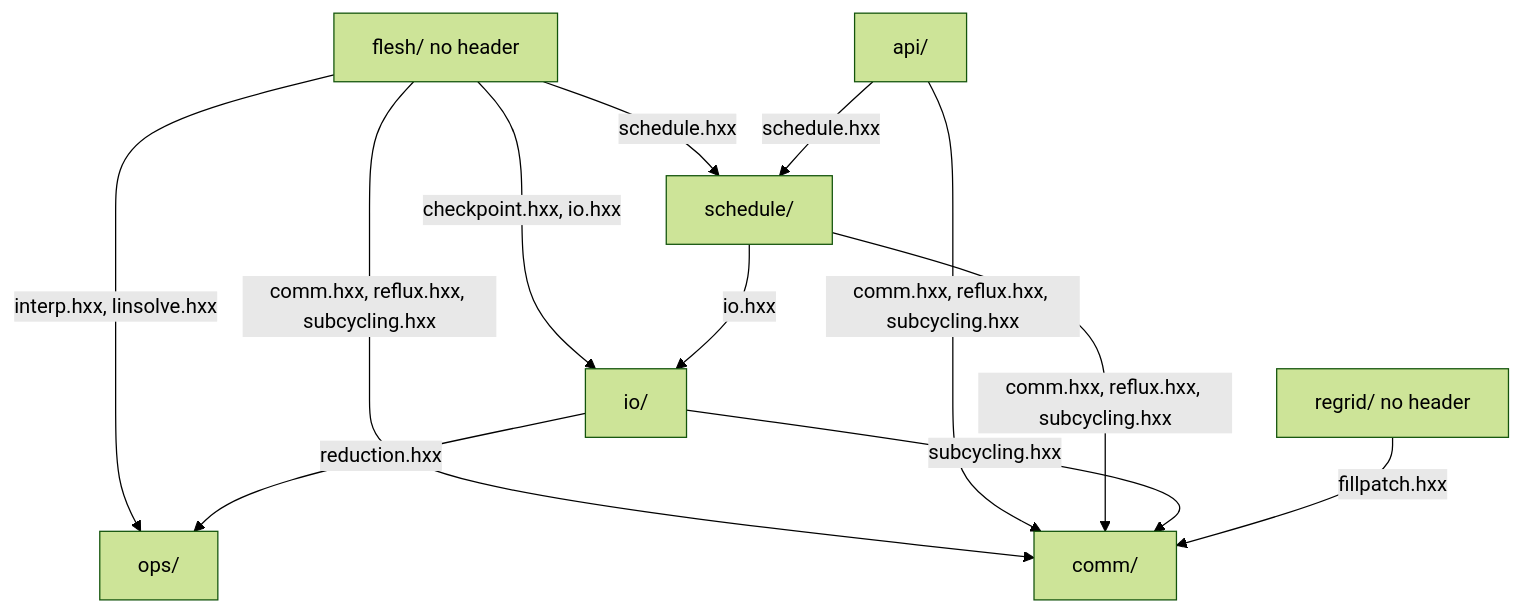
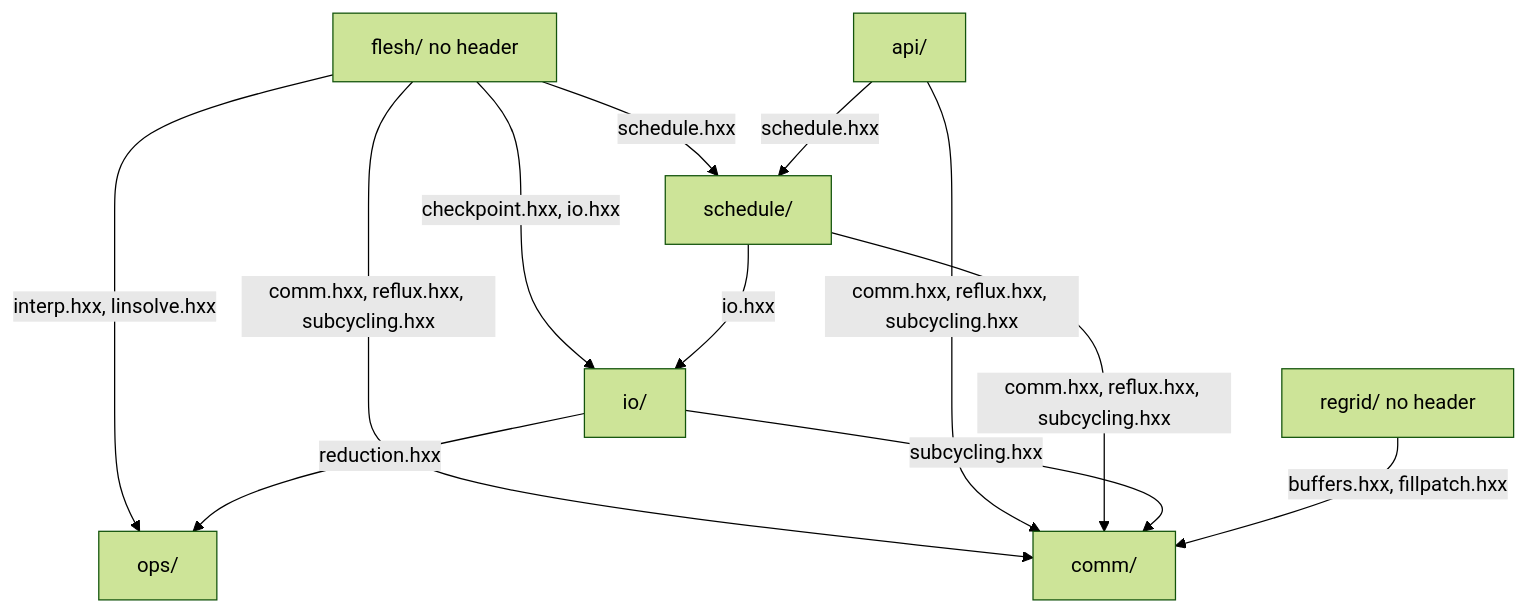
Before and after one commit to lwJi/CarpetX: the second of 3 diagrams in agent_docs/carpetx-internals.md, drawn with Mermaid (forest theme). The commit also changed other lines of this file and 14 other files, not shown here.

````diff
--- a/agent_docs/carpetx-internals.md
+++ b/agent_docs/carpetx-internals.md
@@ -35,22 +35,22 @@
 ```mermaid
 %% python3 scripts/lint doc --write rewrites this block: the includes
 flowchart TB
   flesh["flesh/ no header"]
   api["api/"]
   schedule["schedule/"]
   io["io/"]
   ops["ops/"]
   regrid["regrid/ no header"]
   comm["comm/"]
   flesh -- "schedule.hxx" --> schedule
   flesh -- "checkpoint.hxx, io.hxx" --> io
   flesh -- "interp.hxx, linsolve.hxx" --> ops
   flesh -- "comm.hxx, reflux.hxx, subcycling.hxx" --> comm
   api -- "schedule.hxx" --> schedule
   api -- "comm.hxx, reflux.hxx, subcycling.hxx" --> comm
   schedule -- "io.hxx" --> io
   schedule -- "comm.hxx, reflux.hxx, subcycling.hxx" --> comm
   io -- "reduction.hxx" --> ops
   io -- "subcycling.hxx" --> comm
-  regrid -- "fillpatch.hxx" --> comm
+  regrid -- "buffers.hxx, fillpatch.hxx" --> comm
 ```
````
